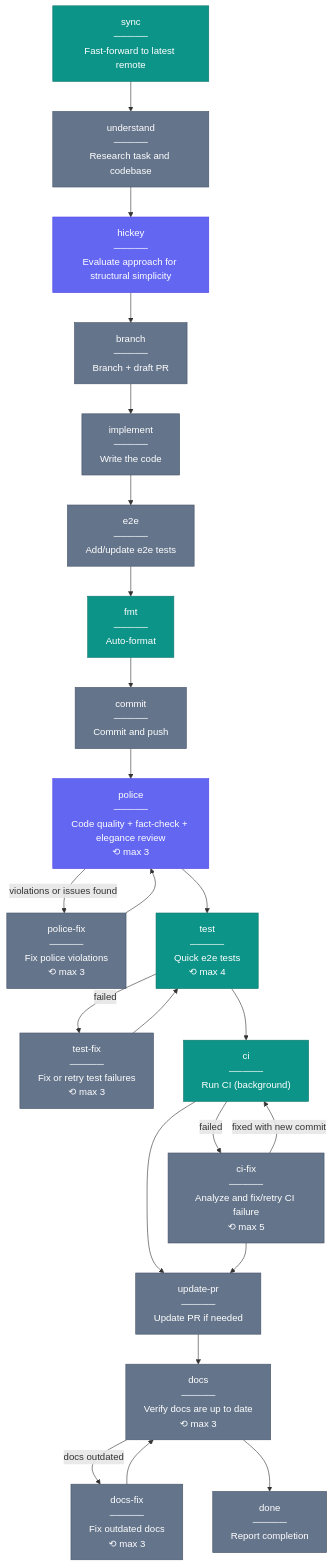
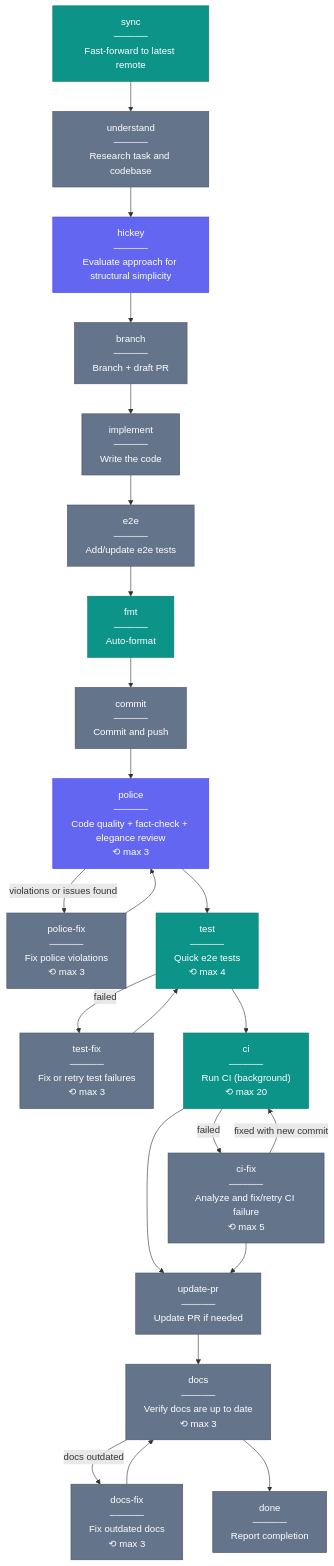
Before and after one commit to juspay/kolu: the diagram in .claude/workflows/README.md, drawn with Mermaid. The commit also changed 1 other file, not shown here.

Commit message:
fix: bump ci max_visits to 20 for multiple fix-commit cycles

````diff
--- a/.claude/workflows/README.md
+++ b/.claude/workflows/README.md
@@ -52,51 +52,51 @@
 ```mermaid
 flowchart TD
   sync["sync\n─────\nFast-forward to latest remote"]
   understand["understand\n─────\nResearch task and codebase"]
   hickey["hickey\n─────\nEvaluate approach for structural simplicity"]
   branch["branch\n─────\nBranch + draft PR"]
   implement["implement\n─────\nWrite the code"]
   e2e["e2e\n─────\nAdd/update e2e tests"]
   fmt["fmt\n─────\nAuto-format"]
   commit["commit\n─────\nCommit and push"]
   police["police\n─────\nCode quality + fact-check + elegance review\n⟲ max 3"]
   police-fix["police-fix\n─────\nFix police violations\n⟲ max 3"]
   test["test\n─────\nQuick e2e tests\n⟲ max 4"]
   test-fix["test-fix\n─────\nFix or retry test failures\n⟲ max 3"]
-  ci["ci\n─────\nRun CI (background)"]
+  ci["ci\n─────\nRun CI (background)\n⟲ max 20"]
   ci-fix["ci-fix\n─────\nAnalyze and fix/retry CI failure\n⟲ max 5"]
   update-pr["update-pr\n─────\nUpdate PR if needed"]
   docs["docs\n─────\nVerify docs are up to date\n⟲ max 3"]
   docs-fix["docs-fix\n─────\nFix outdated docs\n⟲ max 3"]
   done["done\n─────\nReport completion"]
 
   sync --> understand
   understand --> hickey
   hickey --> branch
   branch --> implement
   implement --> e2e
   e2e --> fmt
   fmt --> commit
   commit --> police
   police -->|"violations or issues found"| police-fix
   police --> test
   police-fix --> police
   test -->|"failed"| test-fix
   test --> ci
   test-fix --> test
   ci -->|"failed"| ci-fix
   ci --> update-pr
   ci-fix -->|"fixed with new commit"| ci
   ci-fix --> update-pr
   update-pr --> docs
   docs -->|"docs outdated"| docs-fix
   docs --> done
   docs-fix --> docs
 
   classDef skill fill:#6366f1,stroke:#4f46e5,color:#fff
   classDef run fill:#0d9488,stroke:#0f766e,color:#fff
   classDef prompt fill:#64748b,stroke:#475569,color:#fff
   class hickey,police skill
   class sync,fmt,test,ci run
   class understand,branch,implement,e2e,commit,police-fix,test-fix,ci-fix,update-pr,docs,docs-fix,done prompt
 ```
````
